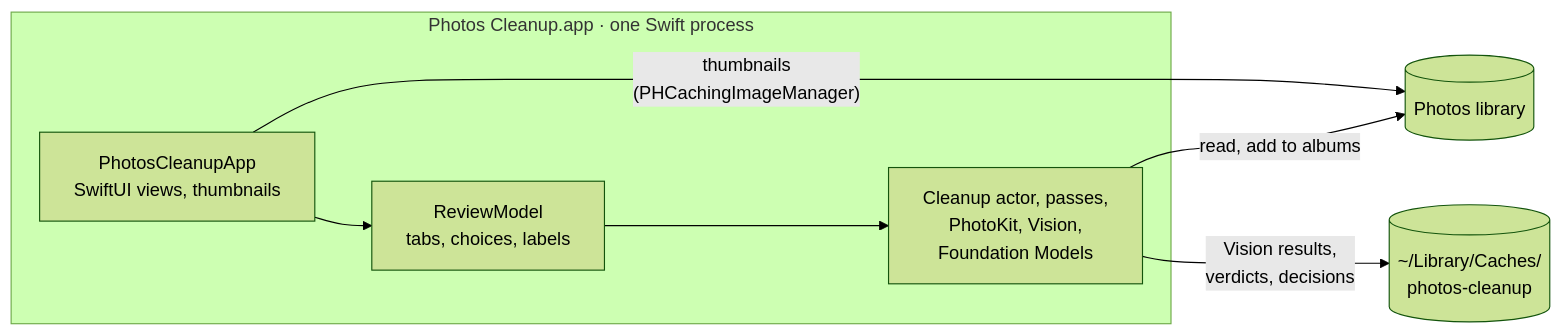
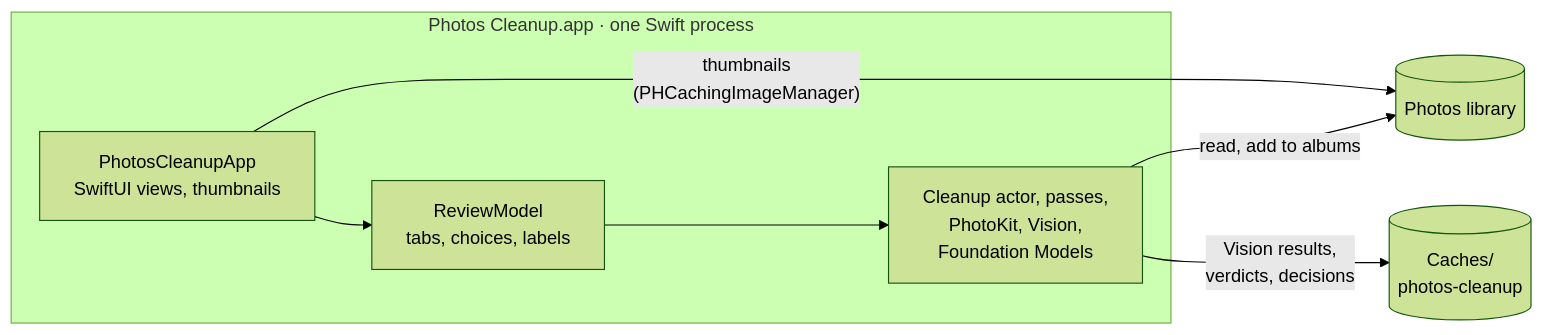
One commit to khivi/photos-cleanup changed the first of 2 diagrams in ARCHITECTURE.md. Above: the diagram before and after it, drawn with Mermaid (forest theme). The commit also changed other lines of this file and 1 other file, not shown here.

````diff
--- a/ARCHITECTURE.md
+++ b/ARCHITECTURE.md
@@ -9,16 +9,16 @@
 ```mermaid
 flowchart LR
     subgraph app["Photos Cleanup.app · one Swift process"]
         ui["PhotosCleanupApp<br/>SwiftUI views, thumbnails"]
         model["ReviewModel<br/>tabs, choices, labels"]
         core["Cleanup actor, passes,<br/>PhotoKit, Vision,<br/>Foundation Models"]
     end
     photos[("Photos library")]
-    cache[("~/Library/Caches/<br/>photos-cleanup")]
+    cache[("Caches/<br/>photos-cleanup")]
 
     ui --> model
     model --> core
     ui -- "thumbnails<br/>(PHCachingImageManager)" --> photos
     core -- "read, add to albums" --> photos
     core -- "Vision results,<br/>verdicts, decisions" --> cache
 ```
````
